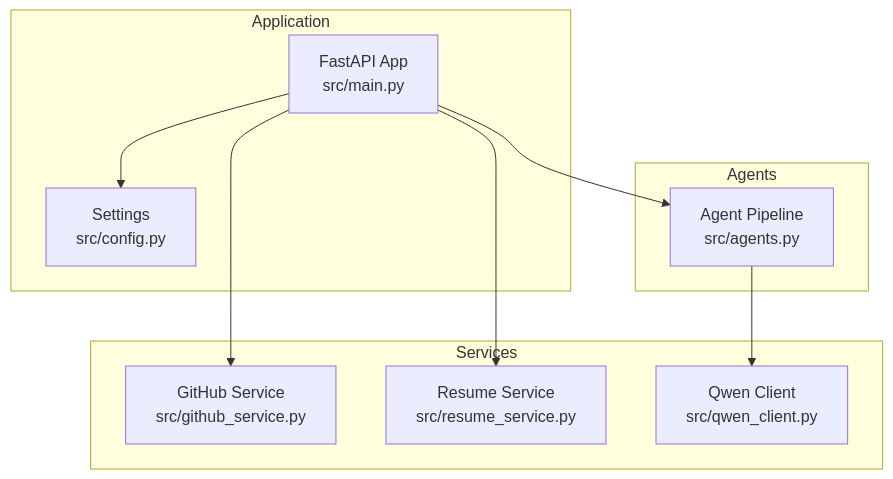
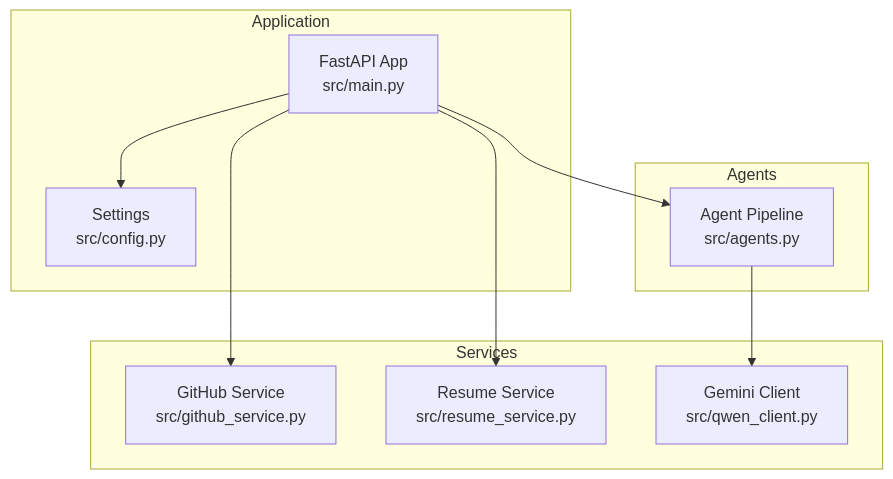
One commit to waqarimran342/CareerOS-AI changed the first of 3 diagrams in .qoder/repowiki/en/content/Deployment Guide.md. Above: the diagram before and after it, drawn with Mermaid. The commit also changed other lines of this file and 32 other files, not shown here.

````diff
--- a/.qoder/repowiki/en/content/Deployment Guide.md
+++ b/.qoder/repowiki/en/content/Deployment Guide.md
@@ -46,20 +55,20 @@
 ```mermaid
 graph TB
 subgraph "Application"
 M["FastAPI App<br/>src/main.py"]
 CFG["Settings<br/>src/config.py"]
 end
 subgraph "Services"
 GH["GitHub Service<br/>src/github_service.py"]
 RES["Resume Service<br/>src/resume_service.py"]
-QW["Qwen Client<br/>src/qwen_client.py"]
+QW["Gemini Client<br/>src/qwen_client.py"]
 end
 subgraph "Agents"
 AG["Agent Pipeline<br/>src/agents.py"]
 end
 M --> CFG
 M --> AG
 M --> GH
 M --> RES
 AG --> QW
 ```
````
